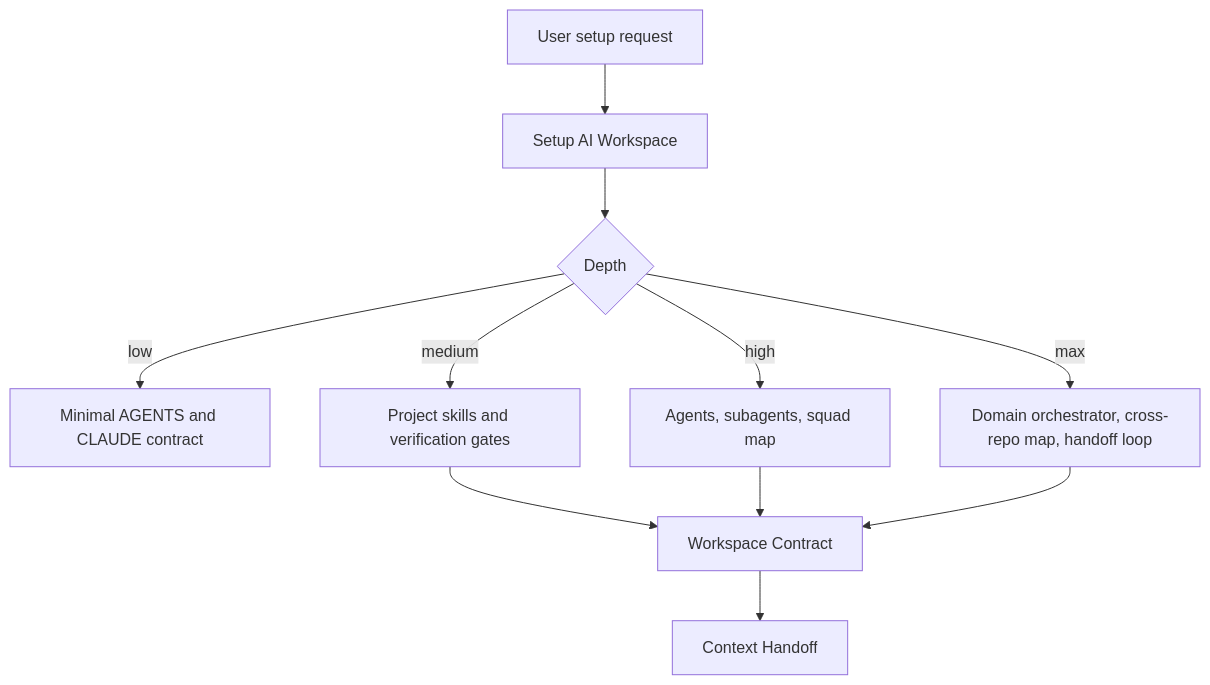
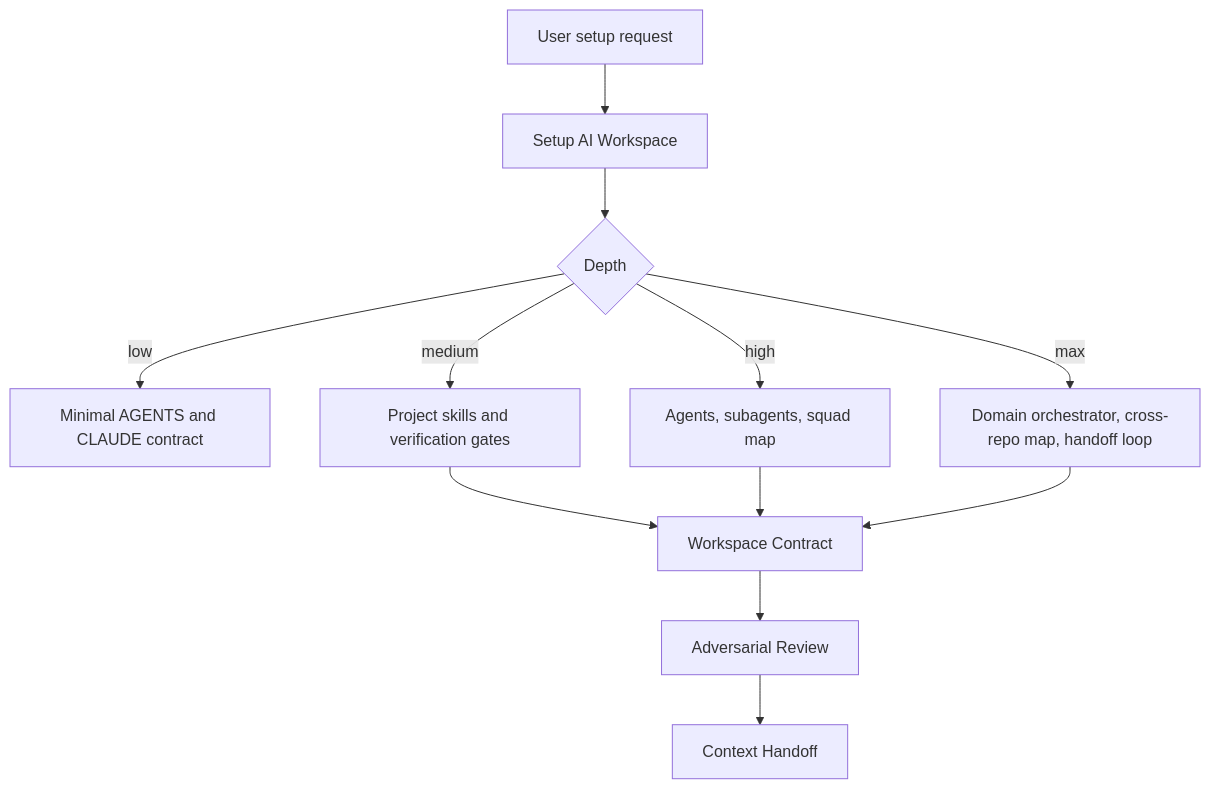
One commit to Andersonlimahw/lemon-ai-hub changed the diagram in plugins/ai-workspace-orchestrator/AGENTS.md. Above: the diagram before and after it, drawn with Mermaid. The commit also changed other lines of this file and 4 other files, not shown here.

Commit message:
feat(ai): add adversarial setup review skill

````diff
--- a/plugins/ai-workspace-orchestrator/AGENTS.md
+++ b/plugins/ai-workspace-orchestrator/AGENTS.md
@@ -7,13 +7,14 @@
 ```mermaid
 flowchart TD
     A[User setup request] --> B[Setup AI Workspace]
     B --> C{Depth}
     C -->|low| D[Minimal AGENTS and CLAUDE contract]
     C -->|medium| E[Project skills and verification gates]
     C -->|high| F[Agents, subagents, squad map]
     C -->|max| G[Domain orchestrator, cross-repo map, handoff loop]
     E --> H[Workspace Contract]
     F --> H
     G --> H
-    H --> I[Context Handoff]
+    H --> I[Adversarial Review]
+    I --> J[Context Handoff]
 ```
````
